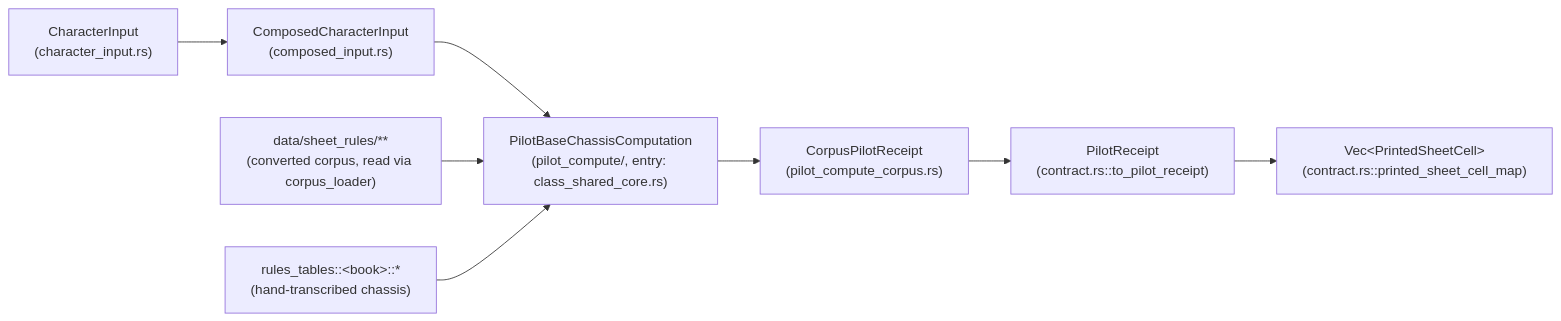
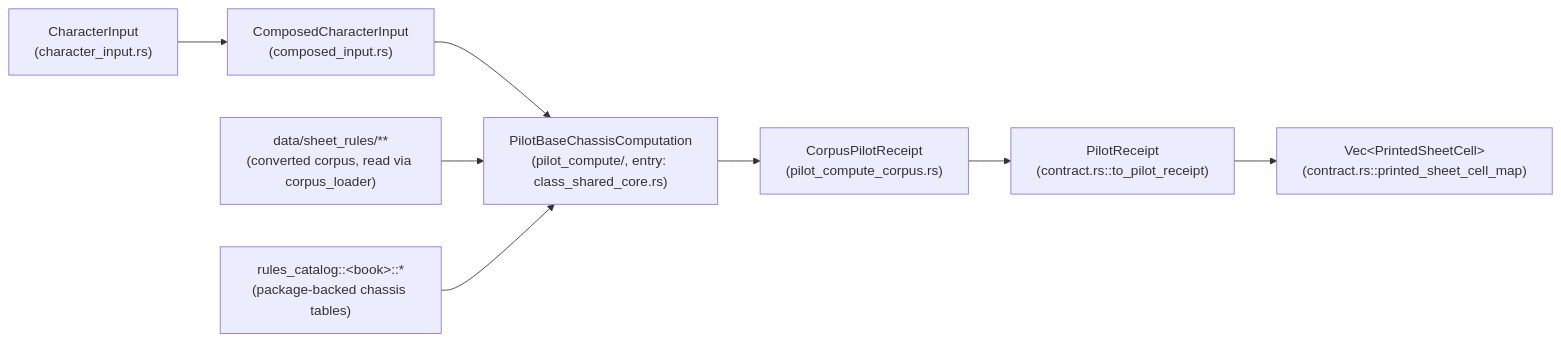
One commit to electricm0nk/codex changed the second of 4 diagrams in docs/architecture/rules-engine.md. Above: the diagram before and after it, drawn with Mermaid. The commit also changed other lines of this file and 13 other files, not shown here.

First line of the commit message:
docs(architecture,sd37,e7.7): truth-up — Starfinder 1e, rules-table data package, adapter seam, gates

````diff
--- a/docs/architecture/rules-engine.md
+++ b/docs/architecture/rules-engine.md
@@ -119,10 +103,10 @@
 ```mermaid
 flowchart LR
     A["CharacterInput\n(character_input.rs)"] --> B["ComposedCharacterInput\n(composed_input.rs)"]
     B --> C["PilotBaseChassisComputation\n(pilot_compute/, entry: class_shared_core.rs)"]
     C --> D["CorpusPilotReceipt\n(pilot_compute_corpus.rs)"]
     D --> E["PilotReceipt\n(contract.rs::to_pilot_receipt)"]
     E --> F["Vec&lt;PrintedSheetCell&gt;\n(contract.rs::printed_sheet_cell_map)"]
     G["data/sheet_rules/**\n(converted corpus, read via corpus_loader)"] --> C
-    H["rules_tables::&lt;book&gt;::*\n(hand-transcribed chassis)"] --> C
+    H["rules_catalog::&lt;book&gt;::*\n(package-backed chassis tables)"] --> C
 ```
````
